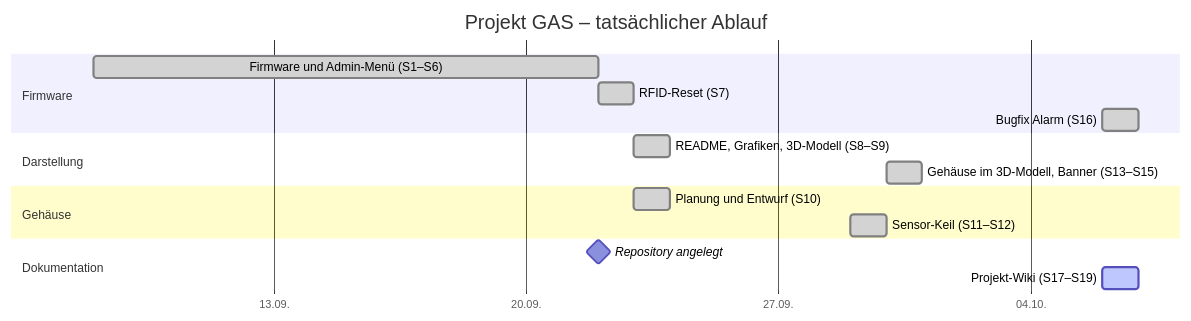
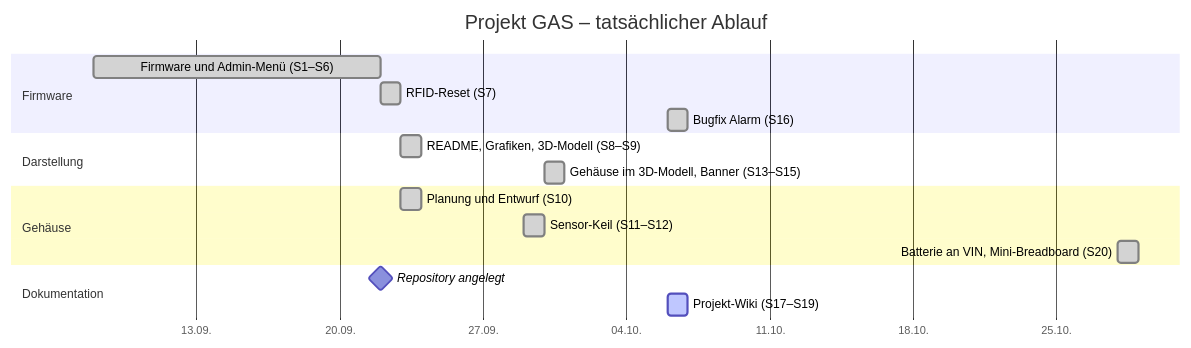
The diagram in wiki/Zeitplan.md (BBZ-AIFS51/LF7-Projekt_GAS), drawn with Mermaid before and after one commit. The commit also changed other lines of this file and 26 other files, not shown here.

First line of the commit message:
Power the Uno from a 9 V battery on VIN, add the mini breadboard plan

````diff
--- a/wiki/Zeitplan.md
+++ b/wiki/Zeitplan.md
@@ -30,25 +30,26 @@
 ```mermaid
 gantt
     title Projekt GAS – tatsächlicher Ablauf
     dateFormat YYYY-MM-DD
     axisFormat %d.%m.
     tickInterval 1week
     todayMarker off
 
     section Firmware
     Firmware und Admin-Menü (S1–S6)     :done, 2026-09-08, 2026-09-22
     RFID-Reset (S7)                     :done, 2026-09-22, 1d
     Bugfix Alarm (S16)                  :done, 2026-10-06, 1d
 
     section Darstellung
     README, Grafiken, 3D-Modell (S8–S9) :done, 2026-09-23, 1d
     Gehäuse im 3D-Modell, Banner (S13–S15) :done, 2026-09-30, 1d
 
     section Gehäuse
     Planung und Entwurf (S10)           :done, 2026-09-23, 1d
     Sensor-Keil (S11–S12)               :done, 2026-09-29, 1d
+    Batterie an VIN, Mini-Breadboard (S20) :done, 2026-10-28, 1d
 
     section Dokumentation
     Repository angelegt                 :milestone, 2026-09-22, 0d
     Projekt-Wiki (S17–S19)              :active, 2026-10-06, 1d
 ```
````
